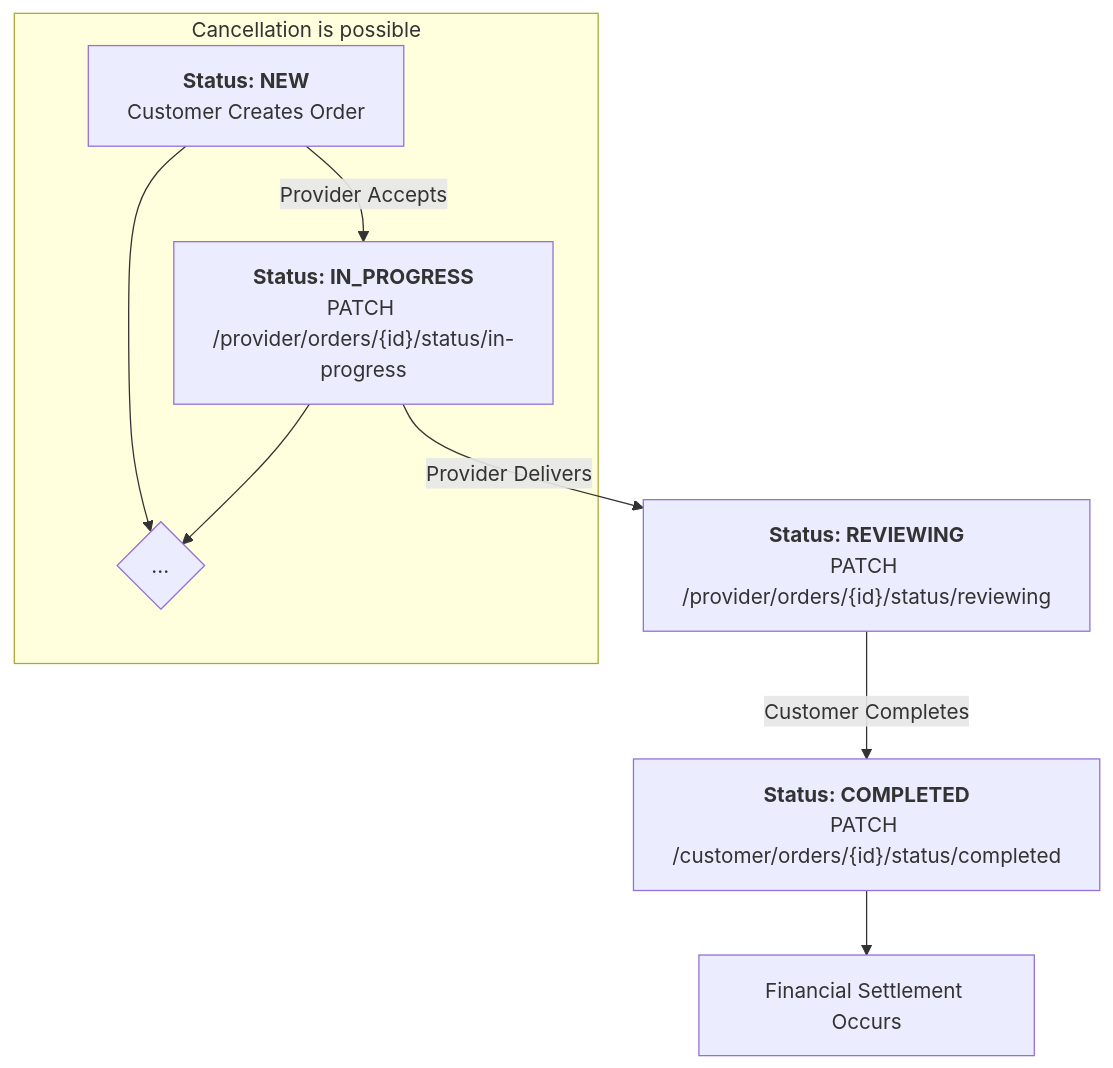
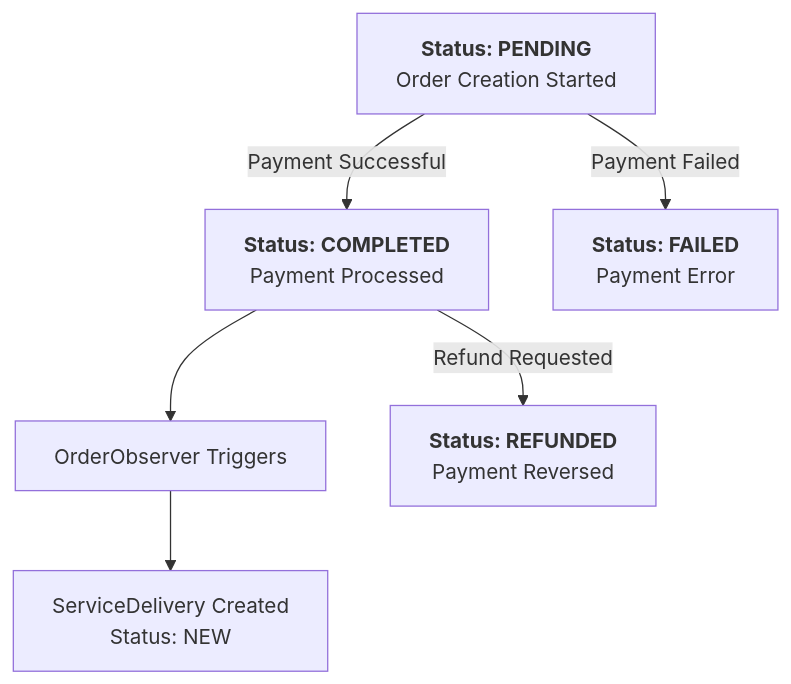
The second of 4 diagrams in docs/workflows/shared/orders-management.md (khalidgxg/brooder-doc), drawn with Mermaid before and after one commit. The commit also changed other lines of this file and 4 other files, not shown here.

````diff
--- a/docs/workflows/shared/orders-management.md
+++ b/docs/workflows/shared/orders-management.md
@@ -11,12 +40,8 @@
 ```mermaid
 graph TD;
-    A["<b>Status: NEW</b><br>Customer Creates Order"] -->|Provider Accepts| B["<b>Status: IN_PROGRESS</b><br>PATCH /provider/orders/{id}/status/in-progress"];
-    B -->|Provider Delivers| C["<b>Status: REVIEWING</b><br>PATCH /provider/orders/{id}/status/reviewing"];
-    C -->|Customer Completes| D["<b>Status: COMPLETED</b><br>PATCH /customer/orders/{id}/status/completed"];
-    D --> E["Financial Settlement Occurs"];
-
-    subgraph "Cancellation is possible"
-      A --> F{...};
-      B --> F;
-    end
+    A["<b>Status: PENDING</b><br>Order Creation Started"] -->|Payment Successful| B["<b>Status: COMPLETED</b><br>Payment Processed"];
+    A -->|Payment Failed| C["<b>Status: FAILED</b><br>Payment Error"];
+    B --> D["OrderObserver Triggers"];
+    D --> E["ServiceDelivery Created<br>Status: NEW"];
+    B -->|Refund Requested| F["<b>Status: REFUNDED</b><br>Payment Reversed"];
 ```
````
